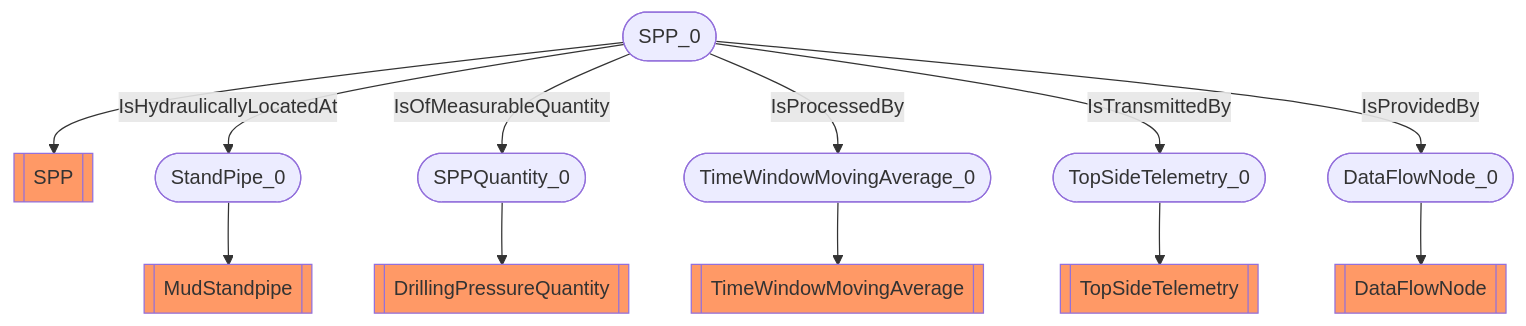
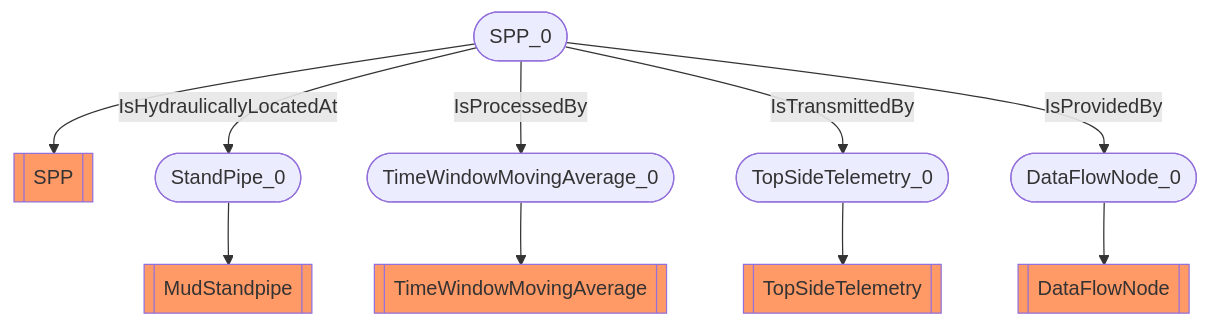
Before and after one commit to D-WIS/DDHub-Semantic-Interoperability: the diagram in docs/vocabulary_development/auto-generated/md/examples/SPP.md, drawn with Mermaid. The commit also changed other lines of this file and 44 other files, not shown here.

````diff
--- a/docs/vocabulary_development/auto-generated/md/examples/SPP.md
+++ b/docs/vocabulary_development/auto-generated/md/examples/SPP.md
@@ -13,16 +11,14 @@
 ```mermaid
 flowchart TD
 	 classDef typeClass fill:#f96;
 	 classDef classClass fill:#9dd0ff;
 	SPP_0([SPP_0]) --> SPP[[SPP]]:::typeClass
 	StandPipe_0([StandPipe_0]) --> MudStandpipe[[MudStandpipe]]:::typeClass
-	SPPQuantity_0([SPPQuantity_0]) --> DrillingPressureQuantity[[DrillingPressureQuantity]]:::typeClass
 	TimeWindowMovingAverage_0([TimeWindowMovingAverage_0]) --> TimeWindowMovingAverage[[TimeWindowMovingAverage]]:::typeClass
 	TopSideTelemetry_0([TopSideTelemetry_0]) --> TopSideTelemetry[[TopSideTelemetry]]:::typeClass
 	DataFlowNode_0([DataFlowNode_0]) --> DataFlowNode[[DataFlowNode]]:::typeClass
 	 SPP_0 -- IsHydraulicallyLocatedAt --> StandPipe_0 
-	 SPP_0 -- IsOfMeasurableQuantity --> SPPQuantity_0 
 	 SPP_0 -- IsProcessedBy --> TimeWindowMovingAverage_0 
 	 SPP_0 -- IsTransmittedBy --> TopSideTelemetry_0 
 	 SPP_0 -- IsProvidedBy --> DataFlowNode_0 
 ```
````
